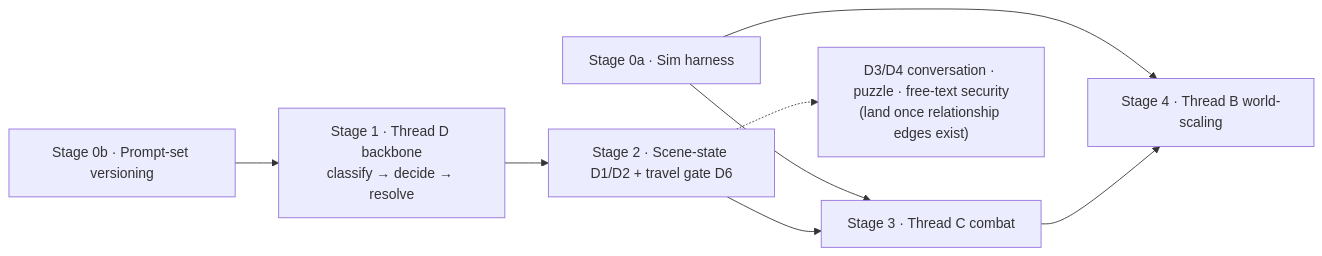
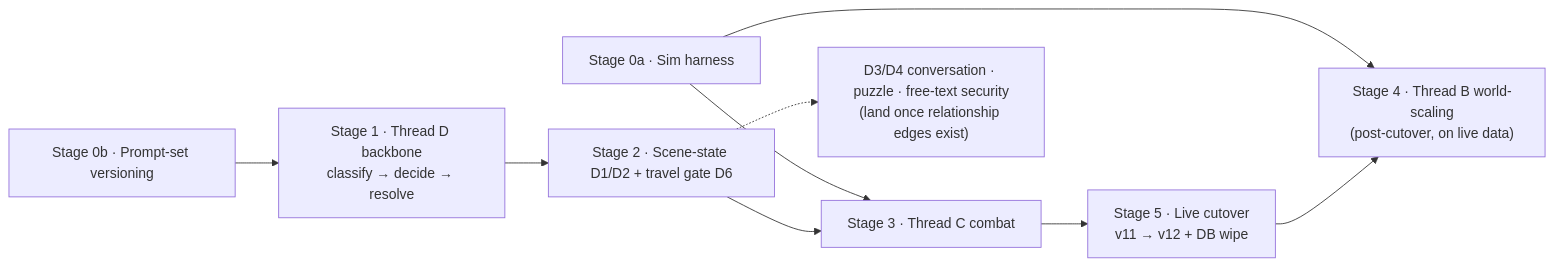
The diagram in docs/engine/prompt-separation-of-concerns.md (WernerVdM97/daily-pixel), drawn with Mermaid before and after one commit. The commit also changed other lines of this file and 12 other files, not shown here.

````diff
--- a/docs/engine/prompt-separation-of-concerns.md
+++ b/docs/engine/prompt-separation-of-concerns.md
@@ -85,11 +85,12 @@
 ```mermaid
 flowchart LR
   S0a["Stage 0a · Sim harness"] --> S3
   S0a --> S4
   S0b["Stage 0b · Prompt-set versioning"] --> S1
   S1["Stage 1 · Thread D backbone<br/>classify → decide → resolve"] --> S2
   S2["Stage 2 · Scene-state D1/D2 + travel gate D6"] --> S3
-  S3["Stage 3 · Thread C combat"] --> S4
-  S4["Stage 4 · Thread B world-scaling"]
+  S3["Stage 3 · Thread C combat"] --> S5
+  S5["Stage 5 · Live cutover<br/>v11 → v12 + DB wipe"] --> S4
+  S4["Stage 4 · Thread B world-scaling<br/>(post-cutover, on live data)"]
   S2 -.-> DX["D3/D4 conversation · puzzle · free-text security<br/>(land once relationship edges exist)"]
 ```
````
